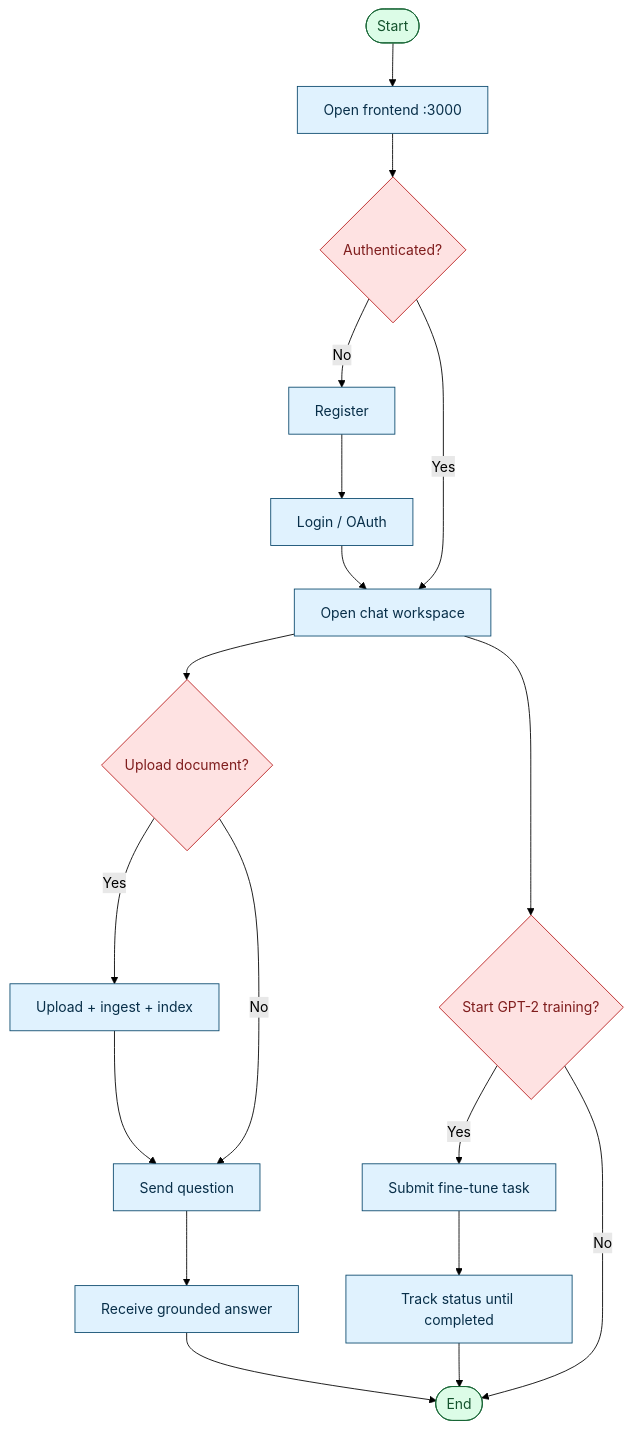
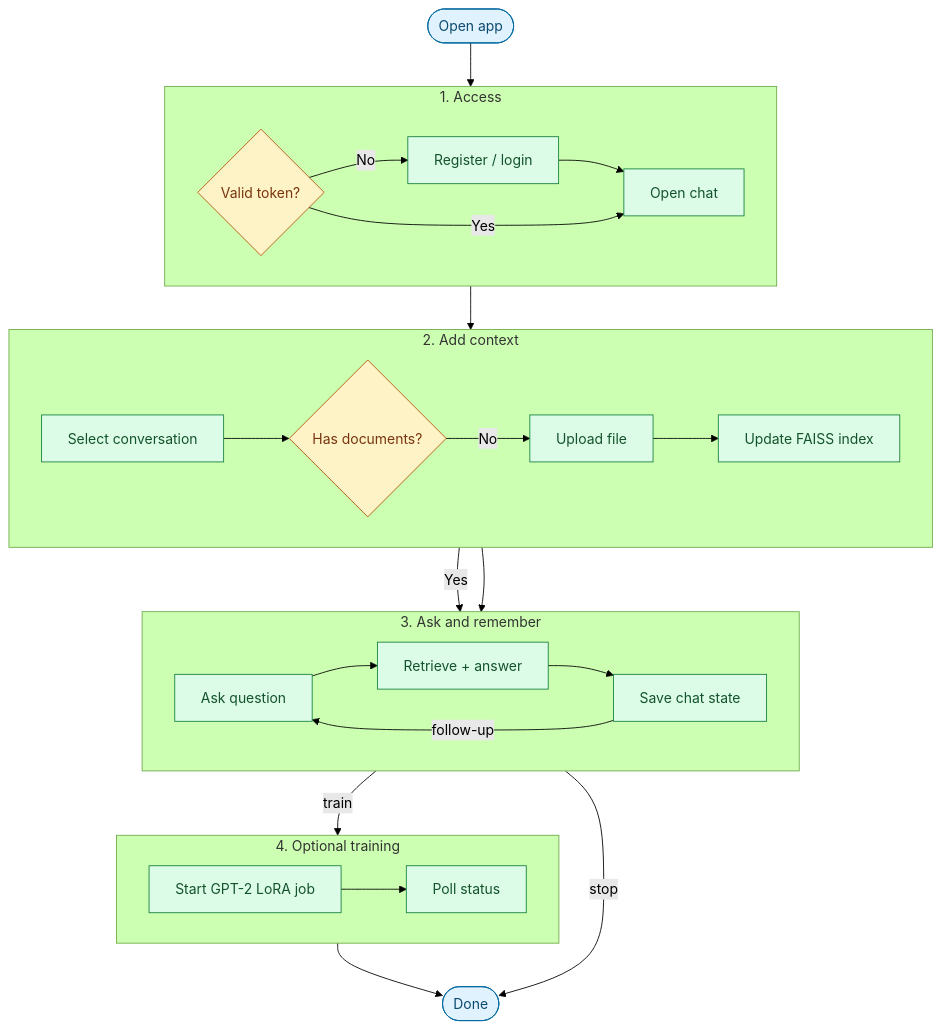
One commit to haseebraza715/EngageMind changed the diagram in docs/diagrams-src/engagemind_user_flow.mmd. Above: the diagram before and after it, drawn with Mermaid (forest theme). The commit also changed 9 other files, not shown here.

Commit message:
chore: update thesis diagrams, screenshot assets, and helper scripts

```diff
--- a/docs/diagrams-src/engagemind_user_flow.mmd
+++ b/docs/diagrams-src/engagemind_user_flow.mmd
@@ -1,31 +1,56 @@
 %% EngageMind user interaction flow (source of truth)
 flowchart TB
-  START([Start]) --> FE[Open frontend :3000]
-  FE --> AUTH{Authenticated?}
+  START([Open app])
 
-  AUTH -->|No| REGISTER[Register]
-  REGISTER --> LOGIN[Login / OAuth]
-  AUTH -->|Yes| CHAT[Open chat workspace]
-  LOGIN --> CHAT
+  subgraph A["1. Access"]
+    direction LR
+    AUTH{Valid token?}
+    REG["Register / login"]
+    CHAT["Open chat"]
+    AUTH -->|No| REG --> CHAT
+    AUTH -->|Yes| CHAT
+  end
 
-  CHAT --> DOCQ{Upload document?}
-  DOCQ -->|Yes| INTAKE[Upload + ingest + index]
-  DOCQ -->|No| ASK[Send question]
-  INTAKE --> ASK
-  ASK --> RESP[Receive grounded answer]
+  subgraph B["2. Add context"]
+    direction LR
+    NEW["Select conversation"]
+    DOCS{Has documents?}
+    UPLOAD["Upload file"]
+    INDEX["Update FAISS index"]
+    NEW --> DOCS
+    DOCS -->|No| UPLOAD --> INDEX
+  end
 
-  CHAT --> FTQ{Start GPT-2 training?}
-  FTQ -->|Yes| FTASK[Submit fine-tune task]
-  FTASK --> FSTAT[Track status until completed]
-  FTQ -->|No| END([End])
+  subgraph C["3. Ask and remember"]
+    direction LR
+    ASK["Ask question"]
+    RAG["Retrieve + answer"]
+    SAVE["Save chat state"]
+    ASK --> RAG --> SAVE
+  end
 
-  RESP --> END
-  FSTAT --> END
+  subgraph D["4. Optional training"]
+    direction LR
+    TRAIN["Start GPT-2 LoRA job"]
+    STATUS["Poll status"]
+    TRAIN --> STATUS
+  end
 
-  classDef decision fill:#fee2e2,stroke:#b91c1c,color:#7f1d1d,stroke-width:1px;
-  classDef action fill:#e0f2fe,stroke:#0c4a6e,color:#082f49,stroke-width:1px;
-  classDef state fill:#dcfce7,stroke:#166534,color:#14532d,stroke-width:1px;
+  END([Done])
 
-  class AUTH,DOCQ,FTQ decision;
-  class FE,REGISTER,LOGIN,CHAT,INTAKE,ASK,RESP,FTASK,FSTAT action;
+  START --> AUTH
+  CHAT --> NEW
+  DOCS -->|Yes| ASK
+  INDEX --> ASK
+  SAVE -->|"follow-up"| ASK
+  SAVE -->|"train"| TRAIN
+  STATUS --> END
+  SAVE -->|"stop"| END
+
+  classDef state fill:#e0f2fe,stroke:#0369a1,color:#0c4a6e,stroke-width:1px;
+  classDef action fill:#dcfce7,stroke:#15803d,color:#14532d,stroke-width:1px;
+  classDef decision fill:#fef3c7,stroke:#b45309,color:#78350f,stroke-width:1px;
+
   class START,END state;
+  class REG,CHAT,NEW,UPLOAD,INDEX,ASK,RAG,SAVE,TRAIN,STATUS action;
+  class AUTH,DOCS decision;
```
